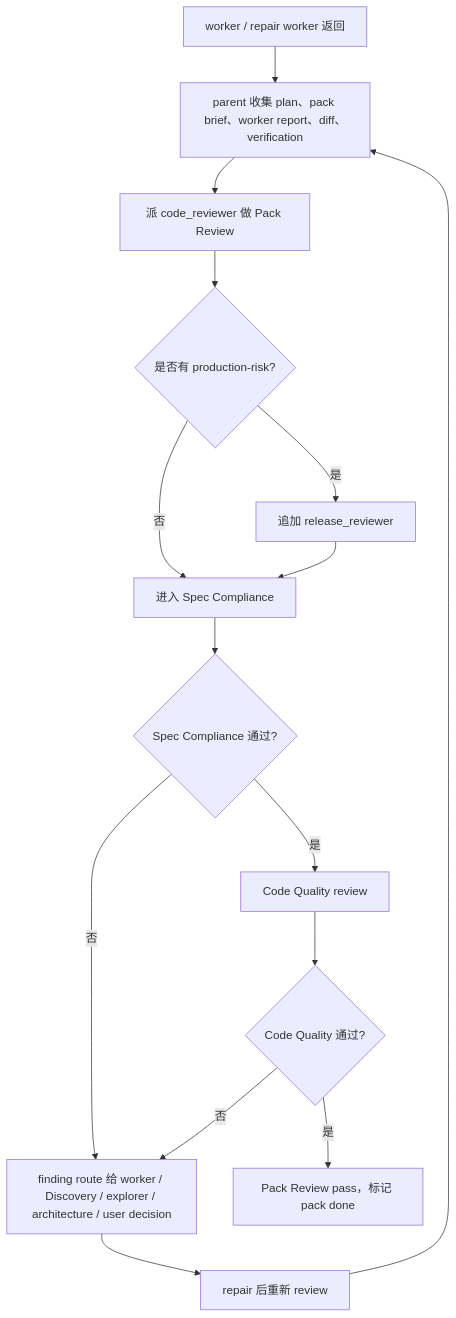
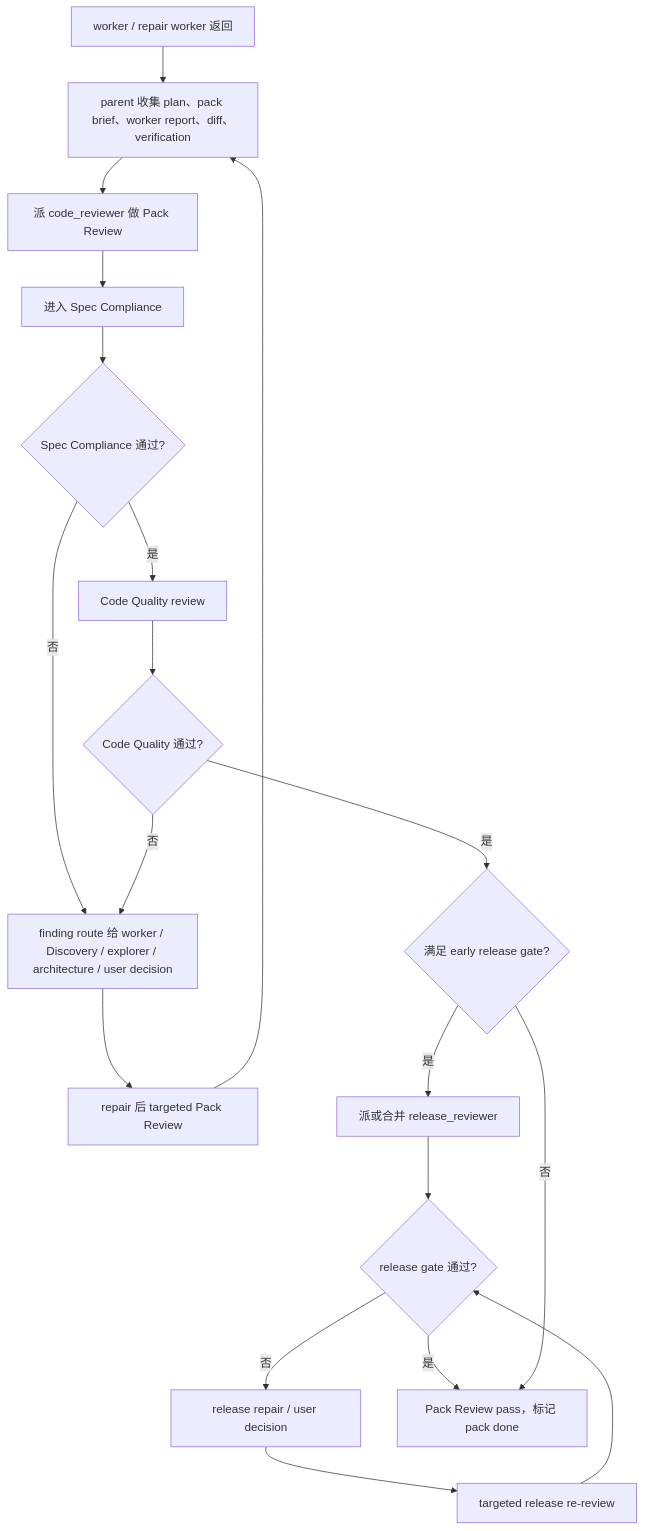
Before and after one commit to chancheuklap/multi-model-workflow: the diagram in .agents/skills/orchestrate-workflow/references/implementation-review.md, drawn with Mermaid. The commit also changed other lines of this file and 22 other files, not shown here.

````diff
--- a/.agents/skills/orchestrate-workflow/references/implementation-review.md
+++ b/.agents/skills/orchestrate-workflow/references/implementation-review.md
@@ -9,17 +15,21 @@
 ```mermaid
 flowchart TD
     A["worker / repair worker 返回"] --> B["parent 收集 plan、pack brief、worker report、diff、verification"]
     B --> C["派 code_reviewer 做 Pack Review"]
-    C --> D{"是否有 production-risk?"}
-    D -->|是| E["追加 release_reviewer"]
-    D -->|否| F["进入 Spec Compliance"]
-    E --> F
-    F --> G{"Spec Compliance 通过?"}
-    G -->|否| H["finding route 给 worker / Discovery / explorer / architecture / user decision"]
-    H --> I["repair 后重新 review"]
-    I --> B
-    G -->|是| J["Code Quality review"]
-    J --> K{"Code Quality 通过?"}
-    K -->|否| H
-    K -->|是| L["Pack Review pass，标记 pack done"]
+    C --> D["进入 Spec Compliance"]
+    D --> E{"Spec Compliance 通过?"}
+    E -->|否| F["finding route 给 worker / Discovery / explorer / architecture / user decision"]
+    F --> G["repair 后 targeted Pack Review"]
+    G --> B
+    E -->|是| H["Code Quality review"]
+    H --> I{"Code Quality 通过?"}
+    I -->|否| F
+    I -->|是| J{"满足 early release gate?"}
+    J -->|是| K["派或合并 release_reviewer"]
+    K --> L{"release gate 通过?"}
+    L -->|否| N["release repair / user decision"]
+    N --> O["targeted release re-review"]
+    O --> L
+    L -->|是| M["Pack Review pass，标记 pack done"]
+    J -->|否| M
 ```
````
